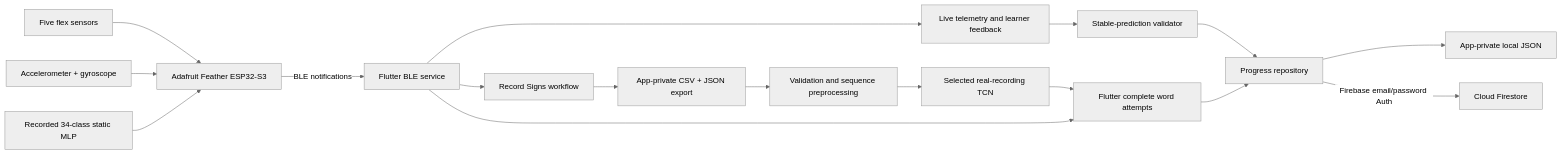
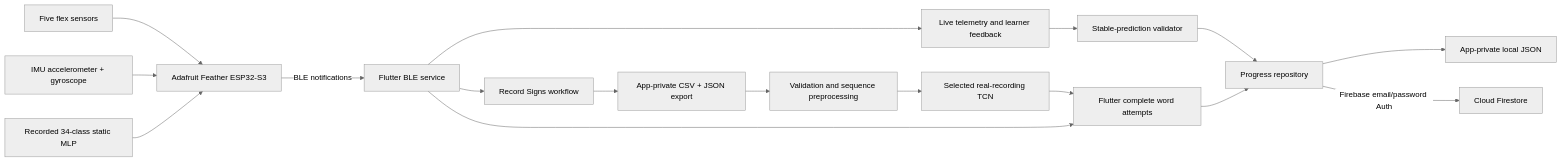
Before and after one commit to GG1627/helping-hand: the diagram in RELEASE_CANDIDATE.md, drawn with Mermaid (neutral theme). The commit also changed other lines of this file and 2 other files, not shown here.

````diff
--- a/RELEASE_CANDIDATE.md
+++ b/RELEASE_CANDIDATE.md
@@ -165,19 +168,19 @@
 ```mermaid
 flowchart LR
     FLEX[Five flex sensors] --> ESP[Adafruit Feather ESP32-S3]
-    IMU[Accelerometer + gyroscope] --> ESP
+    IMU[IMU accelerometer + gyroscope] --> ESP
     MODEL[Recorded 34-class static MLP] --> ESP
     ESP -->|BLE notifications| BLE[Flutter BLE service]
     BLE --> LIVE[Live telemetry and learner feedback]
     LIVE --> TRACKER[Stable-prediction validator]
     TRACKER --> PROGRESS[Progress repository]
     PROGRESS --> LOCAL[App-private local JSON]
     PROGRESS -->|Firebase email/password Auth| FIRESTORE[Cloud Firestore]
     BLE --> RECORD[Record Signs workflow]
     RECORD --> FILES[App-private CSV + JSON export]
     FILES --> BACKEND[Validation and sequence preprocessing]
     BACKEND --> WORDMODEL[Selected real-recording TCN]
     WORDMODEL --> WORDPRACTICE[Flutter complete word attempts]
     BLE --> WORDPRACTICE
     WORDPRACTICE --> PROGRESS
 ```
````
